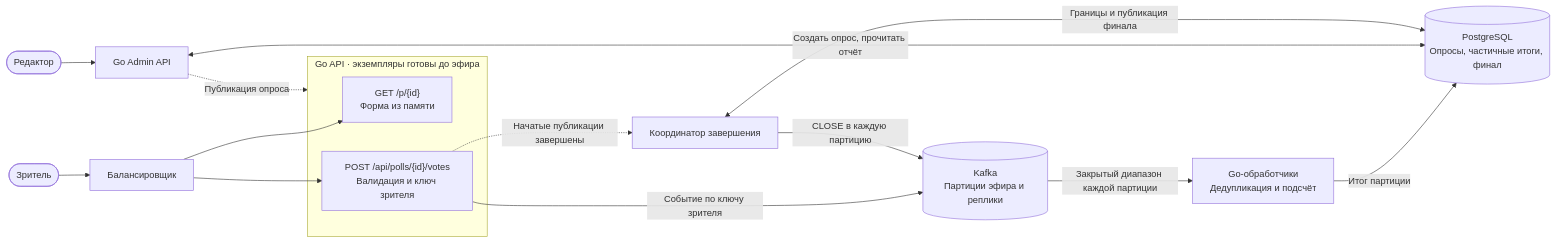
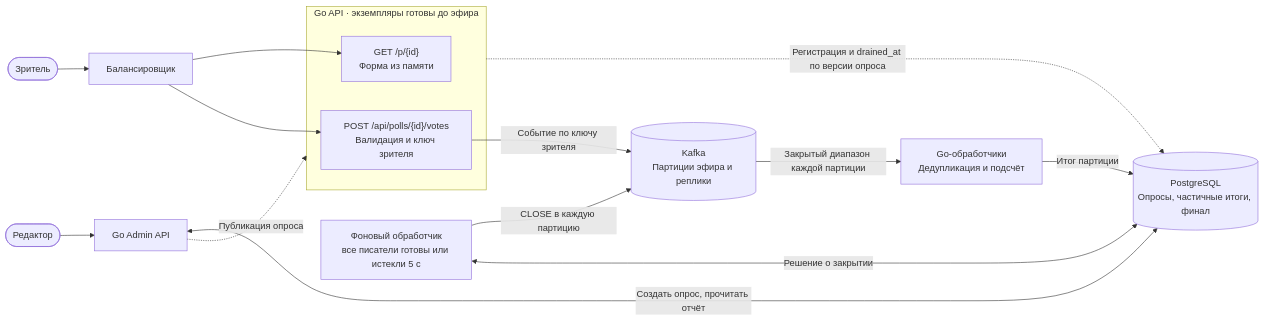
Before and after one commit to rococo4/televote: the diagram in DESIGN.md, drawn with Mermaid. The commit also changed other lines of this file and 15 other files, not shown here.

````diff
--- a/DESIGN.md
+++ b/DESIGN.md
@@ -28,19 +28,20 @@
 ```mermaid
 flowchart LR
     viewer(["Зритель"]) --> lb["Балансировщик"]
     subgraph api["Go API · экземпляры готовы до эфира"]
         get["GET /p/{id}<br/>Форма из памяти"]
         post["POST /api/polls/{id}/votes<br/>Валидация и ключ зрителя"]
     end
     lb --> get
     lb --> post
     post -->|"Событие по ключу зрителя"| log[("Kafka<br/>Партиции эфира и реплики")]
     log -->|"Закрытый диапазон каждой партиции"| workers["Go-обработчики<br/>Дедупликация и подсчёт"]
     workers -->|"Итог партиции"| sql[("PostgreSQL<br/>Опросы, частичные итоги, финал")]
     editor(["Редактор"]) --> admin["Go Admin API"]
     admin <-->|"Создать опрос, прочитать отчёт"| sql
     admin -.->|"Публикация опроса"| api
-    post -.->|"Начатые публикации завершены"| close["Координатор завершения"]
+    api -.->|"Регистрация и drained_at по версии опроса"| sql
+    close["Фоновый обработчик<br/>все писатели готовы или истекли 5 с"]
     close -->|"CLOSE в каждую партицию"| log
-    close <-->|"Границы и публикация финала"| sql
+    close <-->|"Решение о закрытии"| sql
 ```
````
